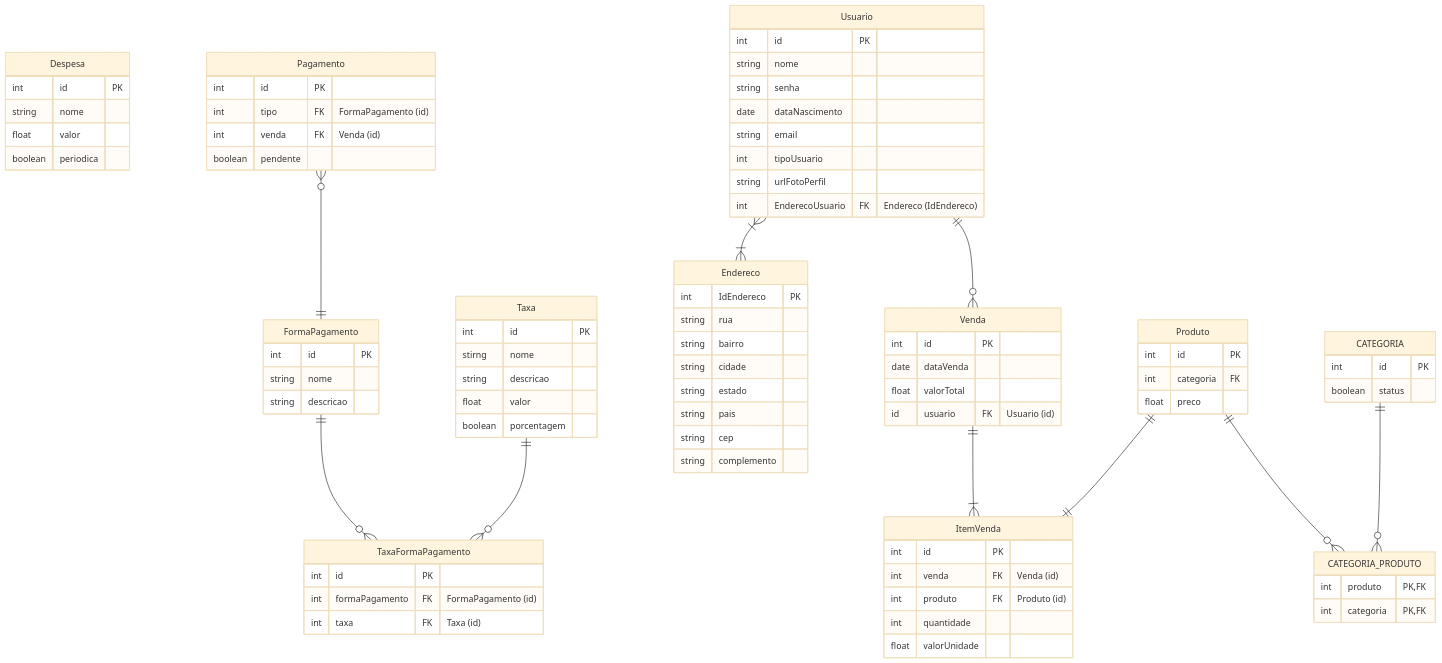
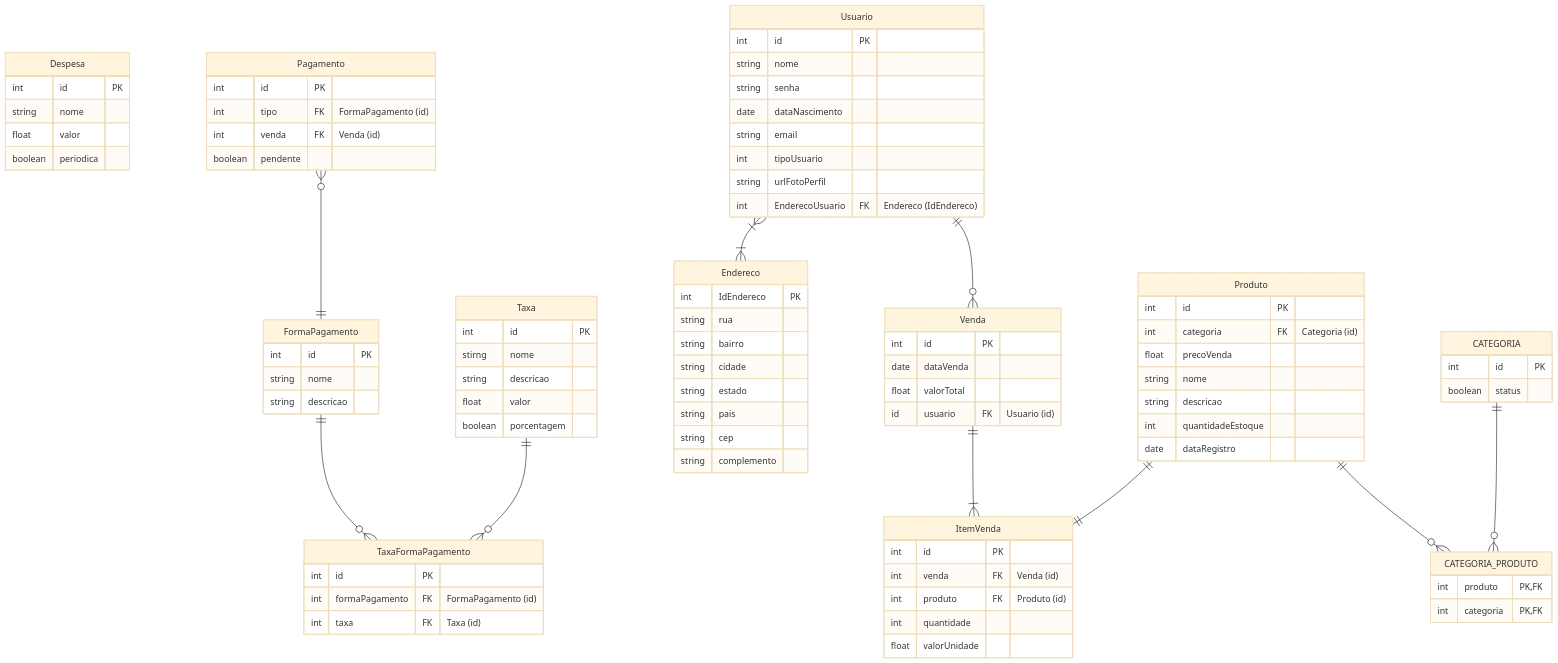
One commit to Control-Cash/controlcash changed the diagram in docs/documento-de-modelos.md. Above: the diagram before and after it, drawn with Mermaid (base theme).

Commit message:
definindo atributos da tabela produto #31

```diff
--- a/docs/documento-de-modelos.md
+++ b/docs/documento-de-modelos.md
@@ -76,6 +76,16 @@
     int quantidade
     float valorUnidade
   } 
+
+Produto {
+  int id PK
+  int categoria FK "Categoria (id)"
+  float precoVenda
+  string nome
+  string descricao
+  int quantidadeEstoque
+  date dataRegistro
+}
   
   %% conexões
   Pagamento }o--|| FormaPagamento : ""
@@ -91,11 +101,7 @@
   %% daqui até a linha com as três aspas são apenas exemplos, a pessoa que vai
   %% implementar essas tabelas pode excluir essas linhas para implementar sua
   %% própria versão
-  Produto {
-    int id PK
-    int categoria FK
-    float preco
-  }
+  
 
   CATEGORIA_PRODUTO {
     int produto PK, FK
```
